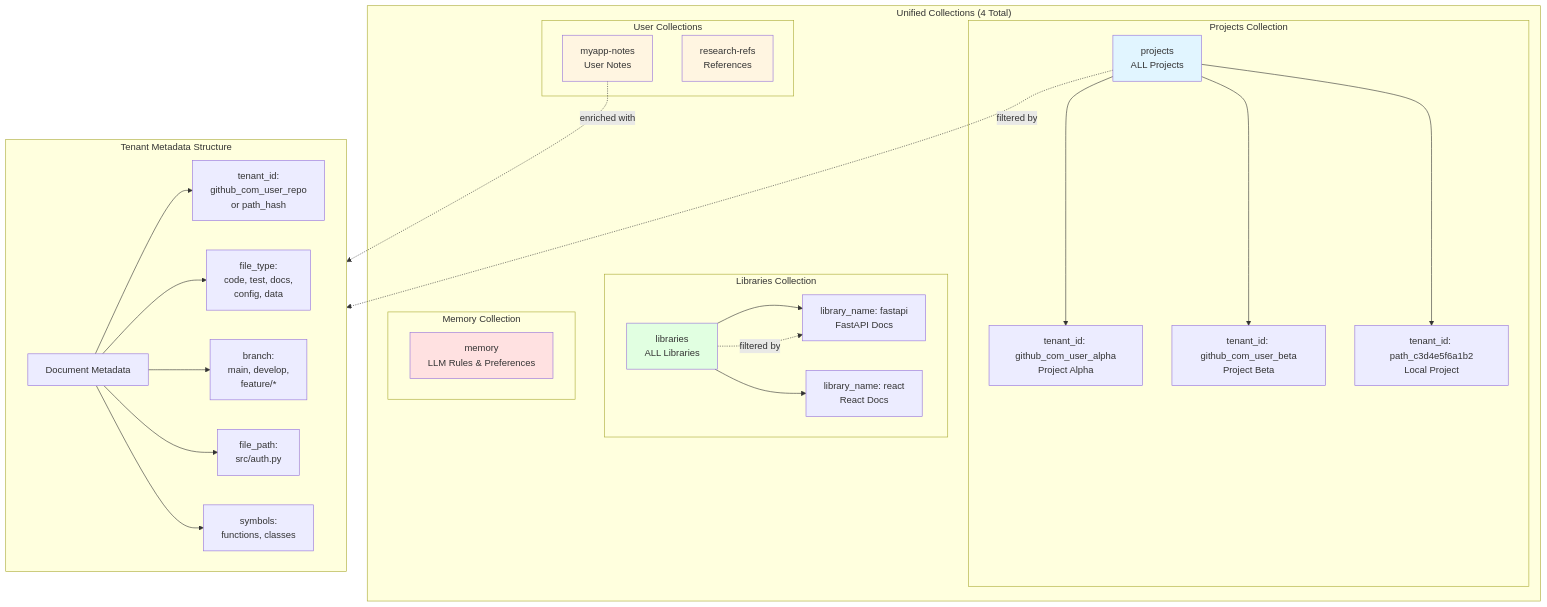
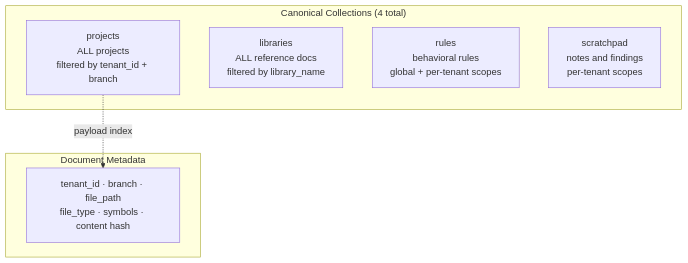
Before and after one commit to ChrisGVE/workspace-qdrant-mcp: the third of 5 diagrams in docs/ARCHITECTURE.md, drawn with Mermaid. The commit also changed other lines of this file, not shown here.

First line of the commit message:
docs: rewrite ARCHITECTURE.md for the all-Rust architecture

````diff
--- a/docs/ARCHITECTURE.md
+++ b/docs/ARCHITECTURE.md
@@ -366,47 +143,15 @@
 ```mermaid
 graph TB
-    subgraph "Unified Collections (4 Total)"
-        subgraph "Projects Collection"
-            P[projects<br/>ALL Projects]
-            P --> PT1[tenant_id: github_com_user_alpha<br/>Project Alpha]
-            P --> PT2[tenant_id: github_com_user_beta<br/>Project Beta]
-            P --> PT3[tenant_id: path_c3d4e5f6a1b2<br/>Local Project]
-        end
-
-        subgraph "Libraries Collection"
-            L[libraries<br/>ALL Libraries]
-            L --> LT1[library_name: fastapi<br/>FastAPI Docs]
-            L --> LT2[library_name: react<br/>React Docs]
-        end
-
-        subgraph "User Collections"
-            U1[myapp-notes<br/>User Notes]
-            U2[research-refs<br/>References]
-        end
-
-        subgraph "Memory Collection"
-            M1[memory<br/>LLM Rules & Preferences]
-        end
+    subgraph "Canonical Collections (4 total)"
+        P[projects<br/>ALL projects<br/>filtered by tenant_id + branch]
+        L[libraries<br/>ALL reference docs<br/>filtered by library_name]
+        R[rules<br/>behavioral rules<br/>global + per-tenant scopes]
+        S[scratchpad<br/>notes and findings<br/>per-tenant scopes]
     end
 
-    subgraph "Tenant Metadata Structure"
-        direction LR
-        Meta[Document Metadata]
-
-        Meta --> TID[tenant_id:<br/>github_com_user_repo<br/>or path_hash]
-        Meta --> FT[file_type:<br/>code, test, docs,<br/>config, data]
-        Meta --> BR[branch:<br/>main, develop,<br/>feature/*]
-        Meta --> FP[file_path:<br/>src/auth.py]
-        Meta --> SYM[symbols:<br/>functions, classes]
+    subgraph "Document Metadata"
+        Meta[tenant_id · branch · file_path<br/>file_type · symbols · content hash]
     end
 
-    P -.->|filtered by| TID
-    L -.->|filtered by| LT1
-    U1 -.->|enriched with| TID
-
-    style P fill:#e1f5ff
-    style L fill:#e1ffe1
-    style U1 fill:#fff5e1
-    style U2 fill:#fff5e1
-    style M1 fill:#ffe1e1
+    P -.->|payload index| Meta
 ```
````
